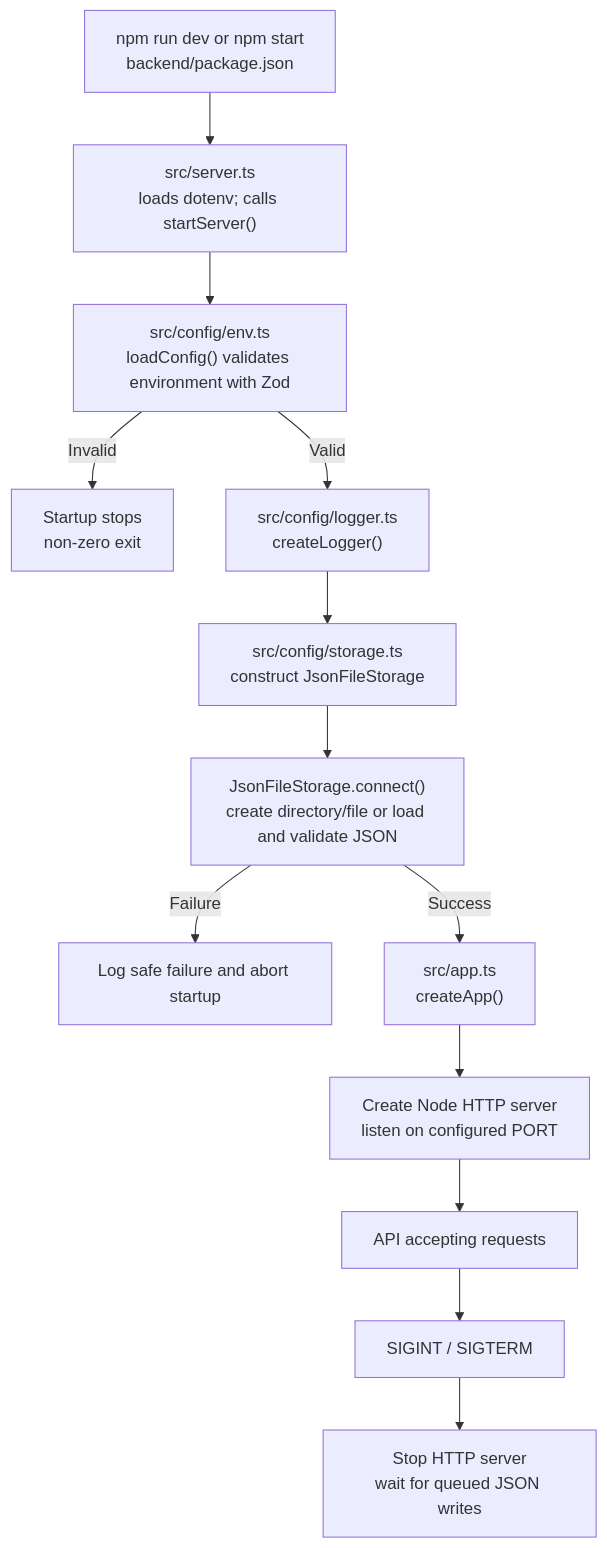
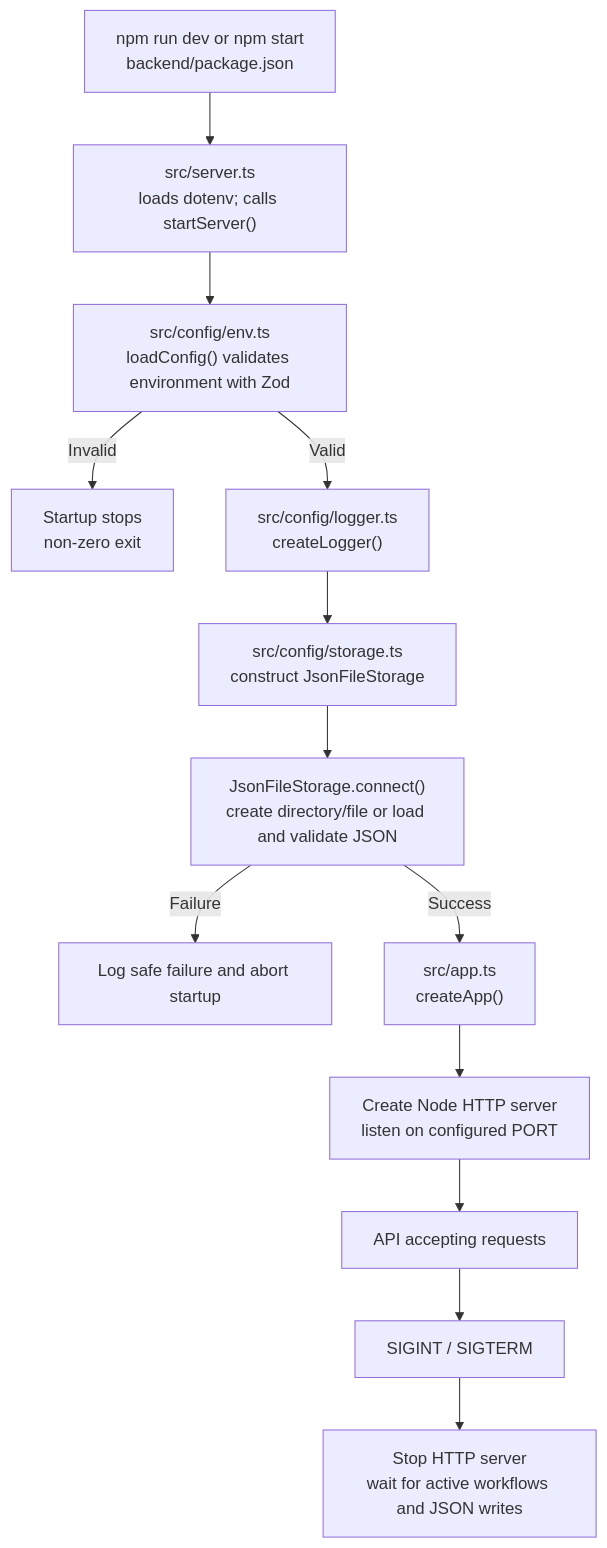
Before and after one commit to Nhlamulo-Reply/AI-Bussiness-Analyst-Agent: the first of 3 diagrams in backend/phasethree.md, drawn with Mermaid. The commit also changed other lines of this file and 33 other files, not shown here.

````diff
--- a/backend/phasethree.md
+++ b/backend/phasethree.md
@@ -24,15 +24,15 @@
 ```mermaid
 flowchart TD
     CMD["npm run dev or npm start<br/>backend/package.json"] --> ENTRY["src/server.ts<br/>loads dotenv; calls startServer()"]
     ENTRY --> CONFIG["src/config/env.ts<br/>loadConfig() validates environment with Zod"]
     CONFIG -->|Invalid| CONFIGFAIL["Startup stops<br/>non-zero exit"]
     CONFIG -->|Valid| LOGGER["src/config/logger.ts<br/>createLogger()"]
     LOGGER --> STORE["src/config/storage.ts<br/>construct JsonFileStorage"]
     STORE --> CONNECT["JsonFileStorage.connect()<br/>create directory/file or load and validate JSON"]
     CONNECT -->|Failure| STOREFAIL["Log safe failure and abort startup"]
     CONNECT -->|Success| APP["src/app.ts<br/>createApp()"]
     APP --> HTTP["Create Node HTTP server<br/>listen on configured PORT"]
     HTTP --> RUNNING["API accepting requests"]
     RUNNING --> SIGNAL["SIGINT / SIGTERM"]
-    SIGNAL --> CLOSE["Stop HTTP server<br/>wait for queued JSON writes"]
+    SIGNAL --> CLOSE["Stop HTTP server<br/>wait for active workflows and JSON writes"]
 ```
````
